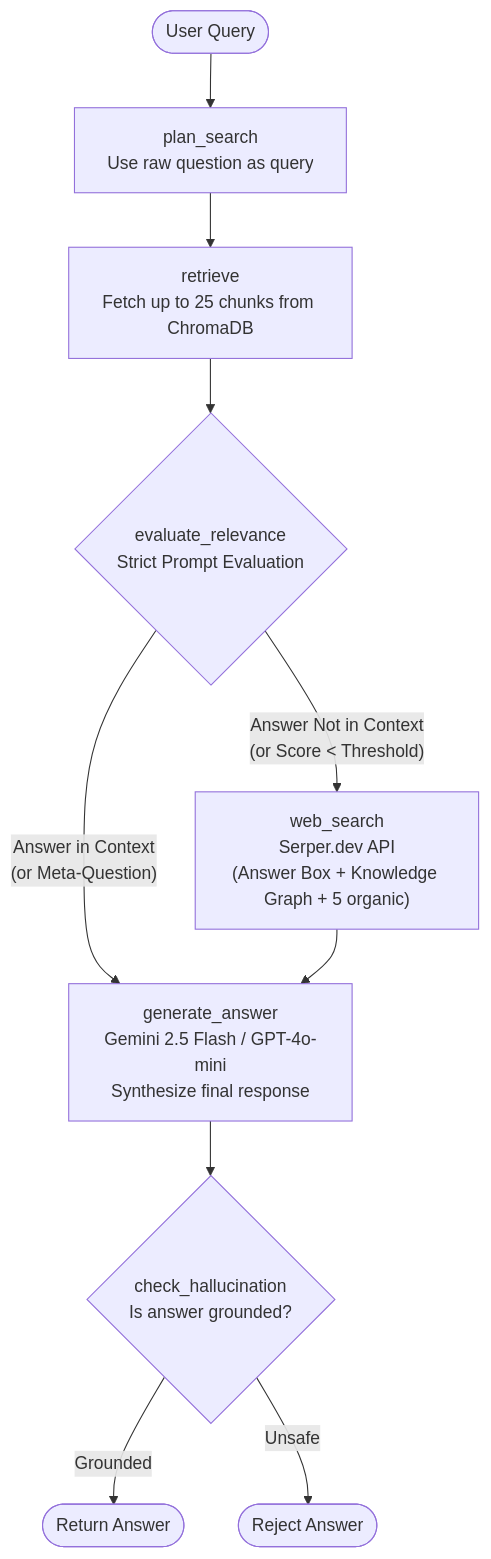
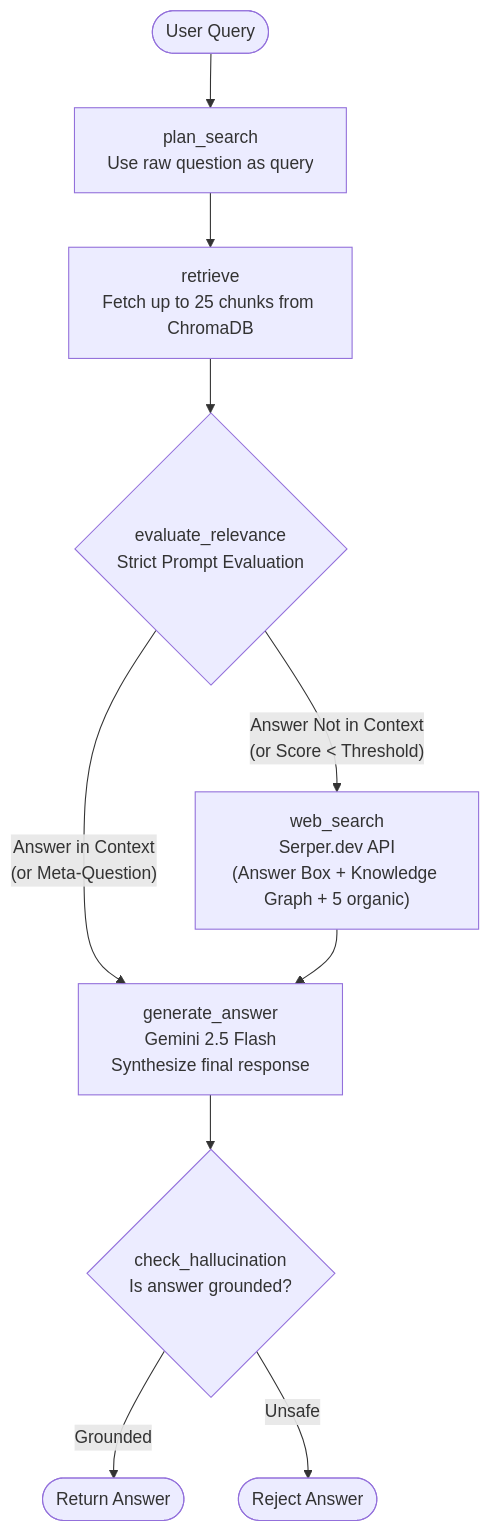
Before and after one commit to SunnyKK007/Auto-Agentic-Rag: the diagram in README.md, drawn with Mermaid. The commit also changed other lines of this file, not shown here.

Commit message:
updated code

````diff
--- a/README.md
+++ b/README.md
@@ -48,26 +48,26 @@
 ```mermaid
 flowchart TD
     A([User Query]) --> B
 
     B["plan_search\nUse raw question as query"]
     B --> C
 
     C["retrieve\nFetch up to 25 chunks from ChromaDB"]
     C --> D
 
     D{"evaluate_relevance\nStrict Prompt Evaluation"}
 
     D -- "Answer in Context\n(or Meta-Question)" --> F
     D -- "Answer Not in Context\n(or Score < Threshold)" --> E
 
     E["web_search\nSerper.dev API\n(Answer Box + Knowledge Graph + 5 organic)"]
     E --> F
 
-    F["generate_answer\nGemini 2.5 Flash / GPT-4o-mini\nSynthesize final response"]
+    F["generate_answer\nGemini 2.5 Flash\nSynthesize final response"]
     F --> G
 
     G{"check_hallucination\nIs answer grounded?"}
 
     G -- "Grounded" --> H([Return Answer])
     G -- "Unsafe" --> I([Reject Answer])
 ```
````
